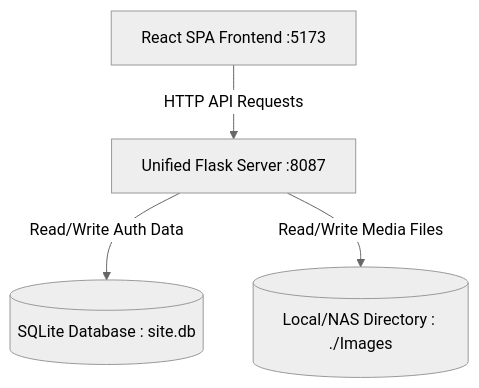
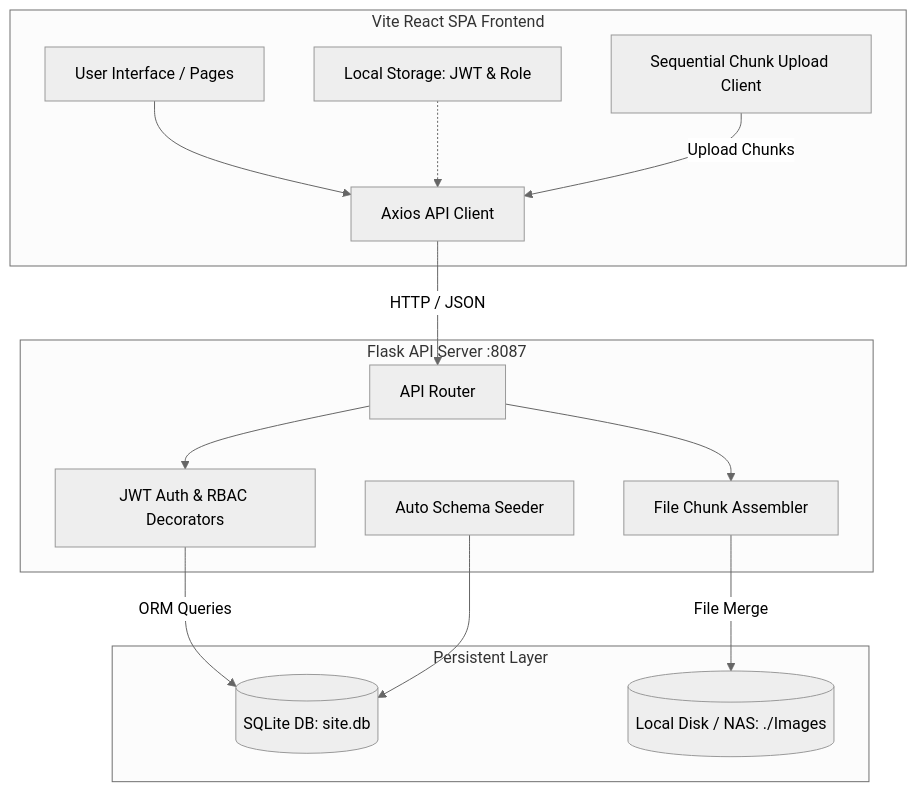
Before and after one commit to dharani20dharan/Capturesque_Final: the first of 4 diagrams in README.md, drawn with Mermaid (neutral theme). The commit also changed other lines of this file and 2 other files, not shown here.

````diff
--- a/README.md
+++ b/README.md
@@ -17,6 +152,31 @@
 ```mermaid
 graph TD
-    Client[React SPA Frontend :5173] -->|HTTP API Requests| Backend[Unified Flask Server :8087]
-    Backend -->|Read/Write Auth Data| DB[(SQLite Database : site.db)]
-    Backend -->|Read/Write Media Files| Storage[(Local/NAS Directory : ./Images)]
+    subgraph Client [Vite React SPA Frontend]
+        UI[User Interface / Pages]
+        AxiosClient[Axios API Client]
+        AuthStore[Local Storage: JWT & Role]
+        UploadWidget[Sequential Chunk Upload Client]
+    end
+
+    subgraph Server [Flask API Server :8087]
+        API[API Router]
+        AuthGuard[JWT Auth & RBAC Decorators]
+        ChunkManager[File Chunk Assembler]
+        DB_Migrate[Auto Schema Seeder]
+    end
+
+    subgraph Storage [Persistent Layer]
+        SQLite[(SQLite DB: site.db)]
+        DiskStore[(Local Disk / NAS: ./Images)]
+    end
+
+    UI --> AxiosClient
+    AuthStore -.-> AxiosClient
+    UploadWidget -->|Upload Chunks| AxiosClient
+    AxiosClient -->|HTTP / JSON| API
+    API --> AuthGuard
+    API --> ChunkManager
+    AuthGuard -->|ORM Queries| SQLite
+    ChunkManager -->|File Merge| DiskStore
+    DB_Migrate --> SQLite
 ```
````
